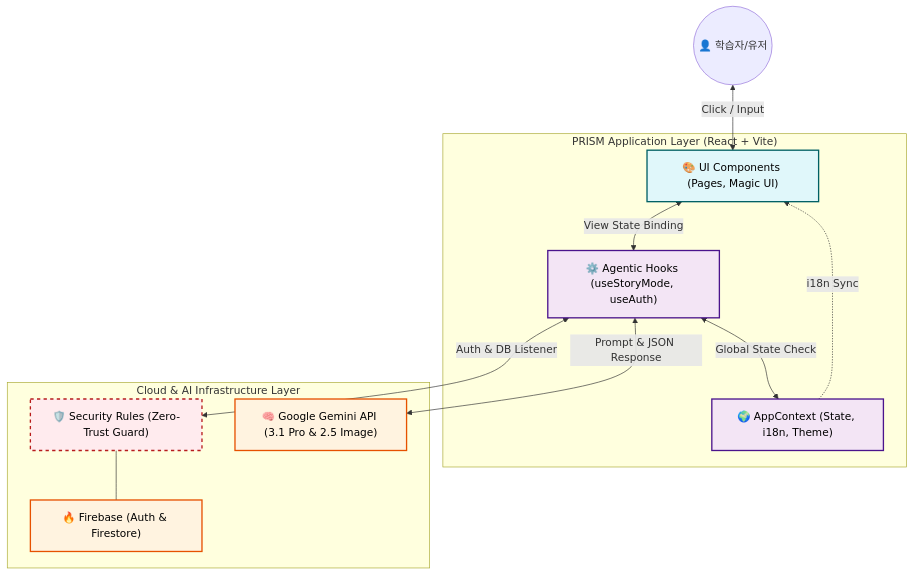
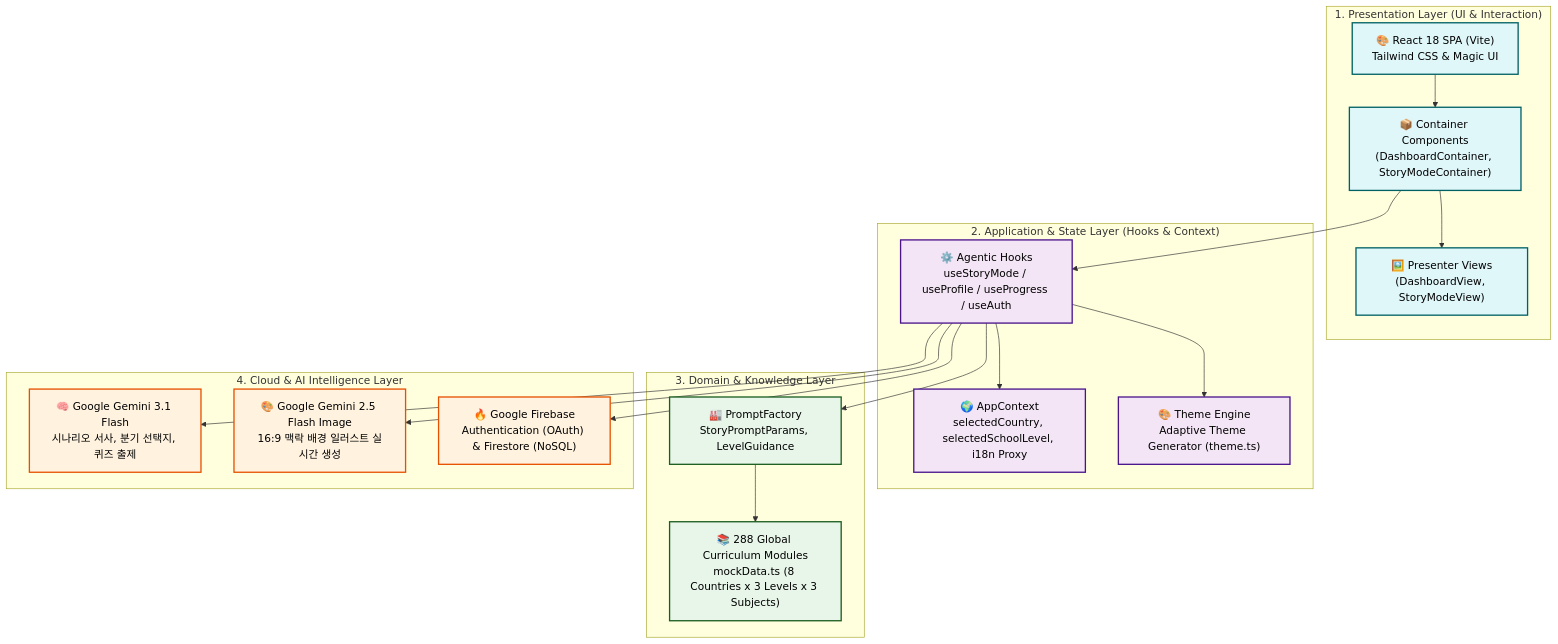
The first of 2 diagrams in docs/03_SYSTEM_ARCHITECTURE.md (ll7098ll/prism), drawn with Mermaid before and after one commit. The commit also changed other lines of this file and 25 other files, not shown here.

````diff
--- a/docs/03_SYSTEM_ARCHITECTURE.md
+++ b/docs/03_SYSTEM_ARCHITECTURE.md
@@ -18,29 +18,41 @@
 ```mermaid
 graph TB
     classDef client fill:#e0f7fa,stroke:#006064,stroke-width:2px,color:#000;
     classDef hook fill:#f3e5f5,stroke:#4a148c,stroke-width:2px,color:#000;
+    classDef domain fill:#e8f5e9,stroke:#1b5e20,stroke-width:2px,color:#000;
     classDef external fill:#fff3e0,stroke:#e65100,stroke-width:2px,color:#000;
-    classDef security fill:#ffebee,stroke:#b71c1c,stroke-width:2px,color:#000,stroke-dasharray: 5 5;
 
-    User((👤 학습자/유저))
-    
-    subgraph "PRISM Application Layer (React + Vite)"
-        Frontend["🎨 UI Components (Pages, Magic UI)"]:::client
-        Hooks["⚙️ Agentic Hooks (useStoryMode, useAuth)"]:::hook
-        Context["🌍 AppContext (State, i18n, Theme)"]:::hook
+    subgraph "1. Presentation Layer (UI & Interaction)"
+        UI["🎨 React 18 SPA (Vite)<br/>Tailwind CSS & Magic UI"]:::client
+        Containers["📦 Container Components<br/>(DashboardContainer, StoryModeContainer)"]:::client
+        Presenters["🖼️ Presenter Views<br/>(DashboardView, StoryModeView)"]:::client
     end
     
-    subgraph "Cloud & AI Infrastructure Layer"
-        Rules["🛡️ Security Rules (Zero-Trust Guard)"]:::security
-        Firebase["🔥 Firebase (Auth & Firestore)"]:::external
-        Gemini["🧠 Google Gemini API (3.1 Pro & 2.5 Image)"]:::external
+    subgraph "2. Application & State Layer (Hooks & Context)"
+        Hooks["⚙️ Agentic Hooks<br/>useStoryMode / useProfile / useProgress / useAuth"]:::hook
+        Context["🌍 AppContext<br/>selectedCountry, selectedSchoolLevel, i18n Proxy"]:::hook
+        Theme["🎨 Theme Engine<br/>Adaptive Theme Generator (theme.ts)"]:::hook
+    end
+
+    subgraph "3. Domain & Knowledge Layer"
+        PromptFactory["🏭 PromptFactory<br/>StoryPromptParams, LevelGuidance"]:::domain
+        CurriculumDB["📚 288 Global Curriculum Modules<br/>mockData.ts (8 Countries x 3 Levels x 3 Subjects)"]:::domain
     end
     
-    User <-->|Click / Input| Frontend
-    Frontend <-->|View State Binding| Hooks
-    Hooks <-->|Global State Check| Context
-    Context -.->|i18n Sync| Frontend
-    Hooks <-->|Prompt & JSON Response| Gemini
-    Hooks <-->|Auth & DB Listener| Rules
-    Rules --- Firebase
+    subgraph "4. Cloud & AI Intelligence Layer"
+        Gemini31["🧠 Google Gemini 3.1 Flash<br/>시나리오 서사, 분기 선택지, 퀴즈 출제"]:::external
+        Gemini25["🎨 Google Gemini 2.5 Flash Image<br/>16:9 맥락 배경 일러스트 실시간 생성"]:::external
+        Firebase["🔥 Google Firebase<br/>Authentication (OAuth) & Firestore (NoSQL)"]:::external
+    end
+
+    UI --> Containers
+    Containers --> Presenters
+    Containers --> Hooks
+    Hooks --> Context
+    Hooks --> Theme
+    Hooks --> PromptFactory
+    PromptFactory --> CurriculumDB
+    Hooks --> Gemini31
+    Hooks --> Gemini25
+    Hooks --> Firebase
 ```
````
